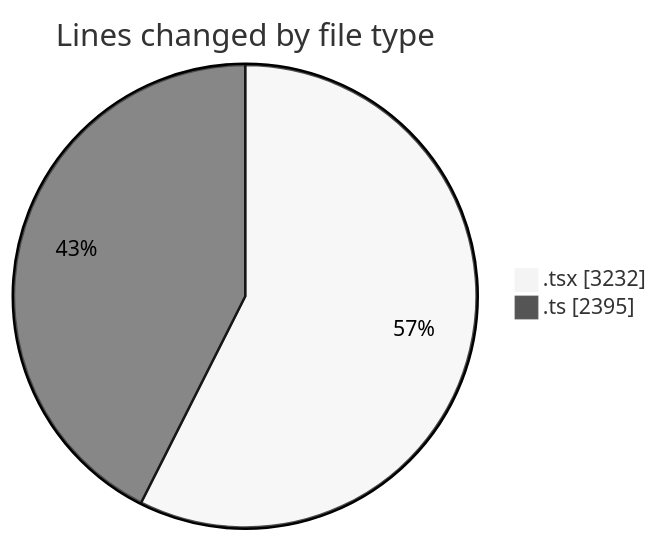
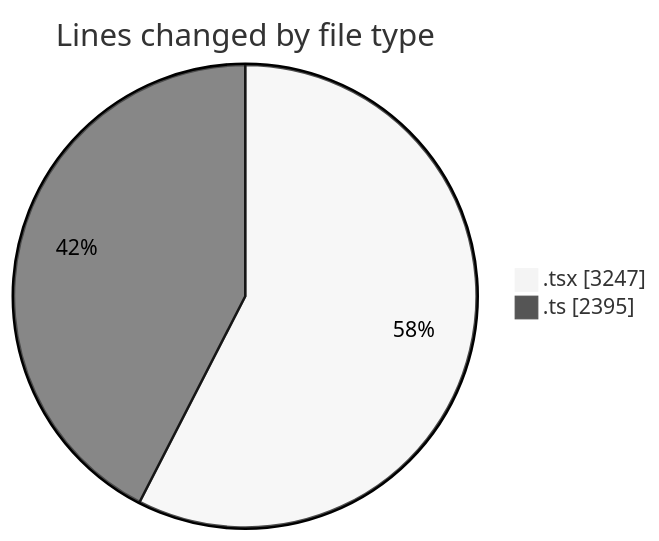
Before and after one commit to nxtqubesakshisongat/code-tracking: the first of 2 diagrams in 2026-02-20/nxtqube_webapp/README.md, drawn with Mermaid (neutral theme). The commit also changed other lines of this file and 1 other file, not shown here.

````diff
--- a/2026-02-20/nxtqube_webapp/README.md
+++ b/2026-02-20/nxtqube_webapp/README.md
@@ -32,6 +32,6 @@
 ```mermaid
 pie showData
 title Lines changed by file type
-".tsx" : 3232
+".tsx" : 3247
 ".ts" : 2395
 ```
````
